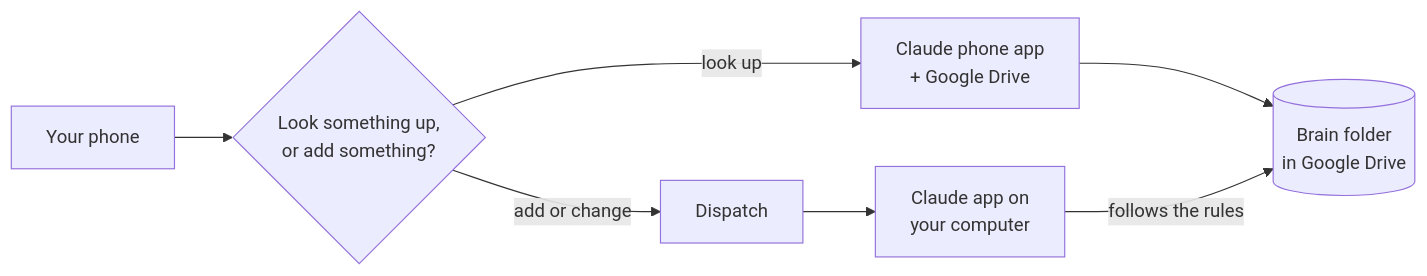
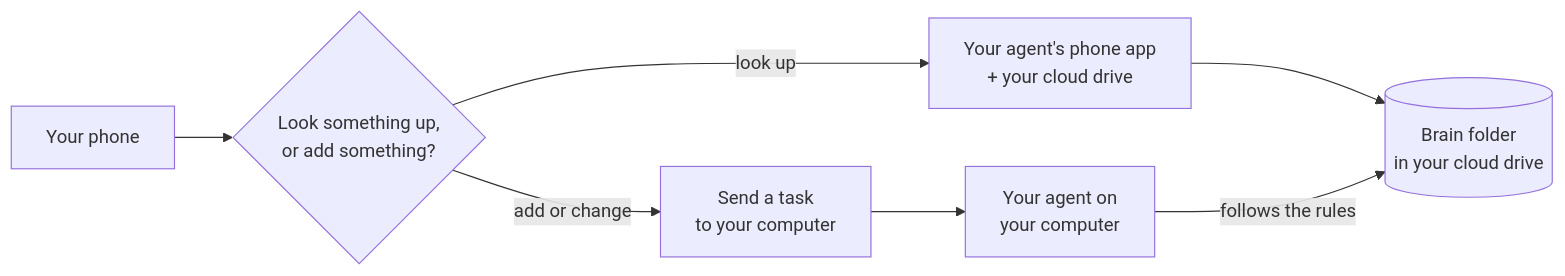
Before and after one commit to Phygital-Brain/phygital-brain: the diagram in docs/phone.md, drawn with Mermaid. The commit also changed other lines of this file and 14 other files, not shown here.

Commit message:
FAQ page; any cloud drive and any agent; calmer hero; serious badges

````diff
--- a/docs/phone.md
+++ b/docs/phone.md
@@ -14,9 +14,9 @@
 ```mermaid
 flowchart LR
     P[Your phone] --> Q{Look something up,<br>or add something?}
-    Q -- look up --> A[Claude phone app<br>+ Google Drive]
-    A --> D[(Brain folder<br>in Google Drive)]
-    Q -- add or change --> X[Dispatch]
-    X --> C[Claude app on<br>your computer]
+    Q -- look up --> A[Your agent's phone app<br>+ your cloud drive]
+    A --> D[(Brain folder<br>in your cloud drive)]
+    Q -- add or change --> X[Send a task<br>to your computer]
+    X --> C[Your agent on<br>your computer]
     C -->|follows the rules| D
 ```
````
